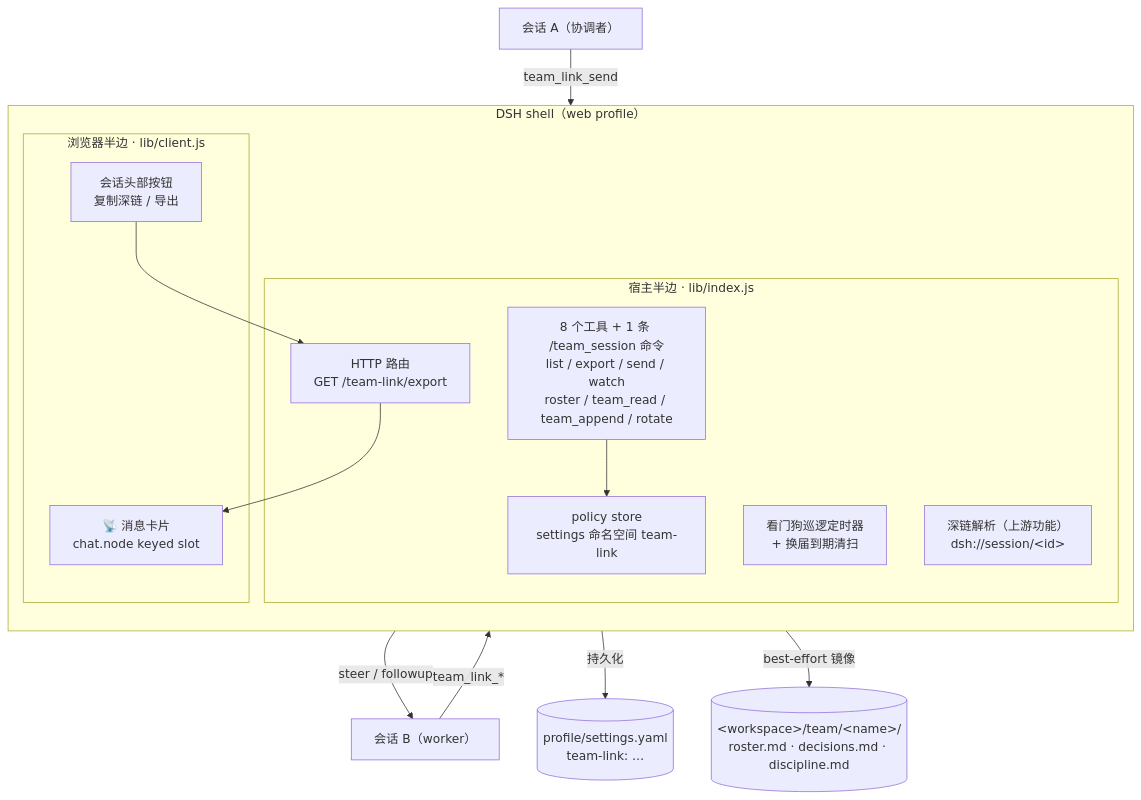
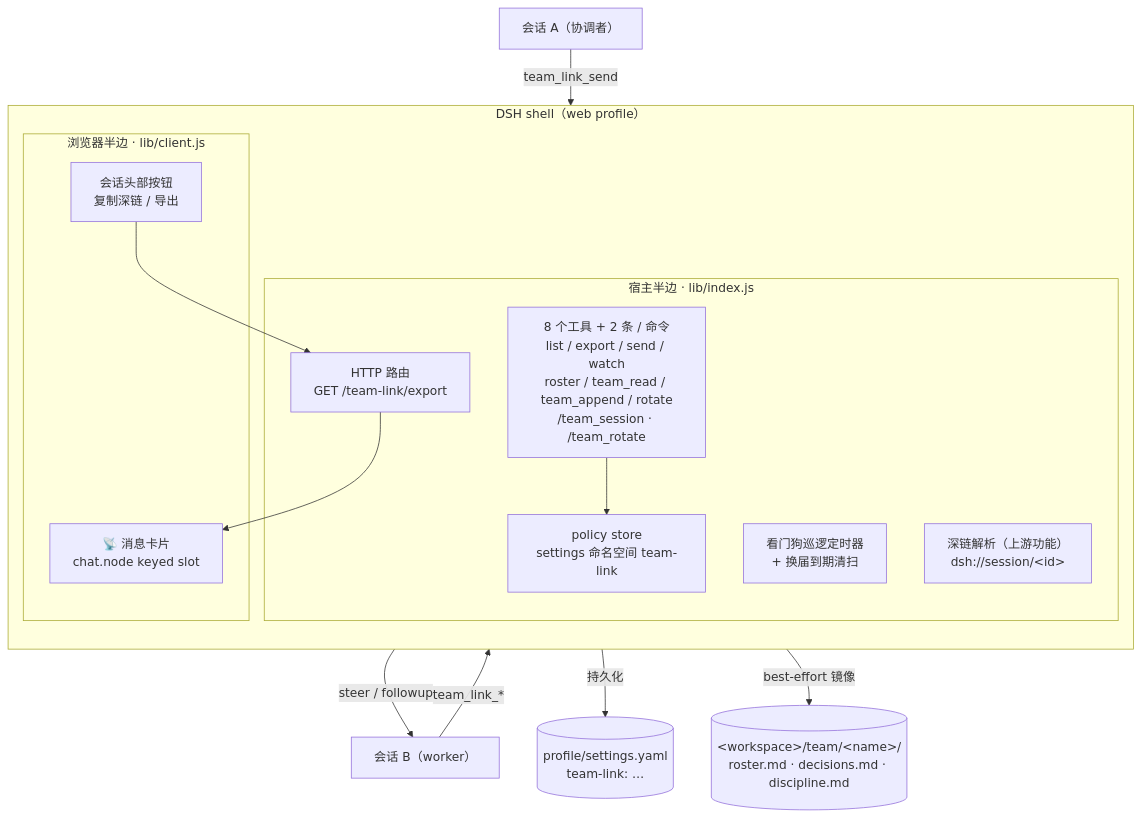
Before and after one commit to shenhuanageshei/dsh-team-link: the first of 8 diagrams in README.md, drawn with Mermaid. The commit also changed other lines of this file and 2 other files, not shown here.

Commit message:
feat(rotate): 11 3a - successor:auto auto-provisioned rotation with the 3-layer handoff contract (5 hard sections + ladder), /team_rotate command, U20-U24; 735/138

````diff
--- a/README.md
+++ b/README.md
@@ -77,25 +77,25 @@
 ```mermaid
 flowchart TB
     subgraph Shell["DSH shell（web profile）"]
         direction TB
         subgraph Host["宿主半边 · lib/index.js"]
-            T["8 个工具 + 1 条 /team_session 命令<br/>list / export / send / watch<br/>roster / team_read / team_append / rotate"]
+            T["8 个工具 + 2 条 / 命令<br/>list / export / send / watch<br/>roster / team_read / team_append / rotate<br/>/team_session · /team_rotate"]
             R["HTTP 路由<br/>GET /team-link/export"]
             W["看门狗巡逻定时器<br/>+ 换届到期清扫"]
             DL["深链解析（上游功能）<br/>dsh://session/&lt;id&gt;"]
             ST["policy store<br/>settings 命名空间 team-link"]
         end
         subgraph Client["浏览器半边 · lib/client.js"]
             CARD["📡 消息卡片<br/>chat.node keyed slot"]
             BTN["会话头部按钮<br/>复制深链 / 导出"]
         end
     end
     S1["会话 A（协调者）"] -->|team_link_send| T
     S2["会话 B（worker）"] -->|team_link_*| T
     T -->|steer / followup| S2
     T --> ST
     ST -->|持久化| YAML[("profile/settings.yaml<br/>team-link: …")]
     T -->|best-effort 镜像| BB[("&lt;workspace&gt;/team/&lt;name&gt;/<br/>roster.md · decisions.md · discipline.md")]
     R --> CARD
     BTN --> R
 ```
````
